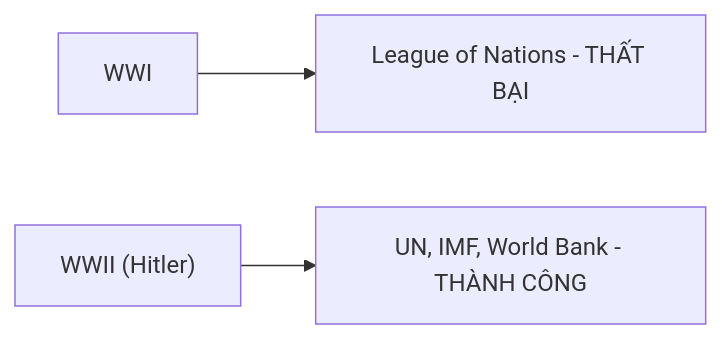
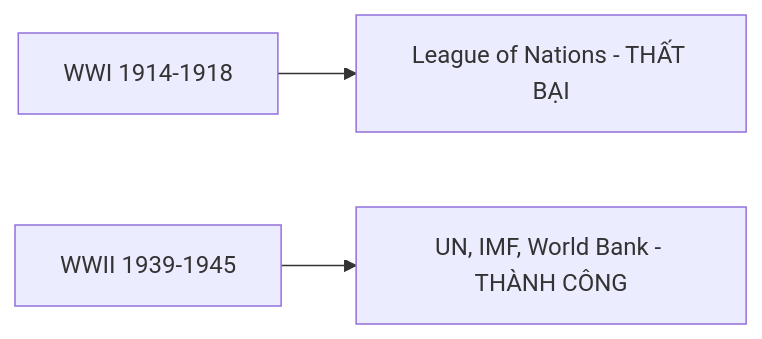
The fourth of 5 diagrams in esoterica/Lịch Sử Song Song — Khi Thế Giới Đồng Bộ.md (dyukahi/knowledge), drawn with Mermaid before and after one commit. The commit also changed other lines of this file, not shown here.

Commit message:
Fix: Timeline section IV now in chronological order (12000 TCN → 1959)

````diff
--- a/esoterica/Lịch Sử Song Song — Khi Thế Giới Đồng Bộ.md
+++ b/esoterica/Lịch Sử Song Song — Khi Thế Giới Đồng Bộ.md
@@ -222,5 +260,5 @@
 ```mermaid
 flowchart LR
-    WWI["WWI"] --> LON["League of Nations - THẤT BẠI"]
-    WWII["WWII (Hitler)"] --> UN["UN, IMF, World Bank - THÀNH CÔNG"]
+    WWI["WWI 1914-1918"] --> LON["League of Nations - THẤT BẠI"]
+    WWII["WWII 1939-1945"] --> UN["UN, IMF, World Bank - THÀNH CÔNG"]
 ```
````
